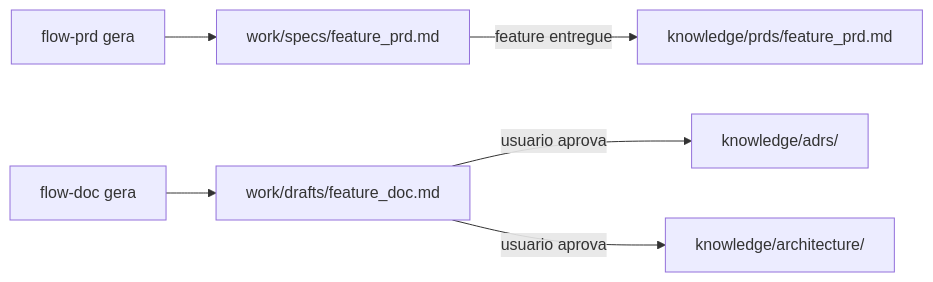
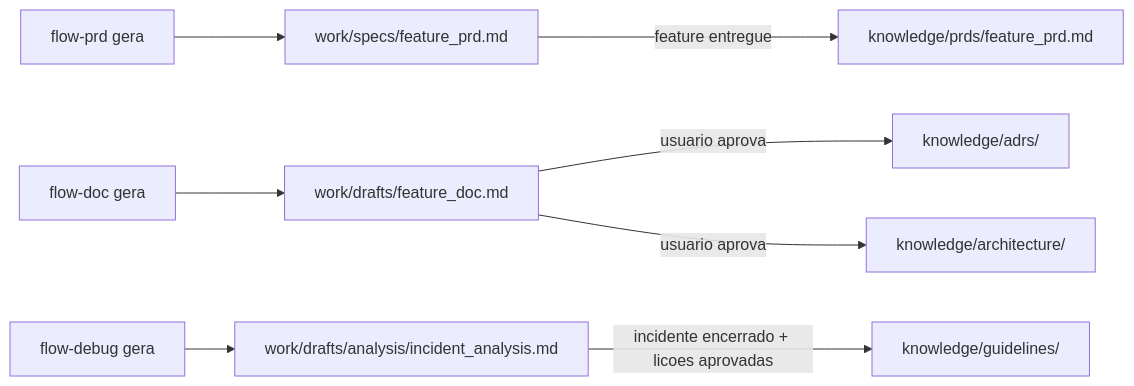
Before and after one commit to viniciuscarneiro/ai-dev-flow: the third of 3 diagrams in README.pt-br.md, drawn with Mermaid. The commit also changed other lines of this file and 11 other files, not shown here.

````diff
--- a/README.pt-br.md
+++ b/README.pt-br.md
@@ -186,9 +188,12 @@
 ```mermaid
 graph LR
     A["flow-prd gera"] --> B["work/specs/feature_prd.md"]
     B -->|"feature entregue"| C["knowledge/prds/feature_prd.md"]
 
     D["flow-doc gera"] --> E["work/drafts/feature_doc.md"]
     E -->|"usuario aprova"| F["knowledge/adrs/"]
     E -->|"usuario aprova"| G["knowledge/architecture/"]
+
+    H["flow-debug gera"] --> I["work/drafts/analysis/incident_analysis.md"]
+    I -->|"incidente encerrado + licoes aprovadas"| J["knowledge/guidelines/"]
 ```
````
